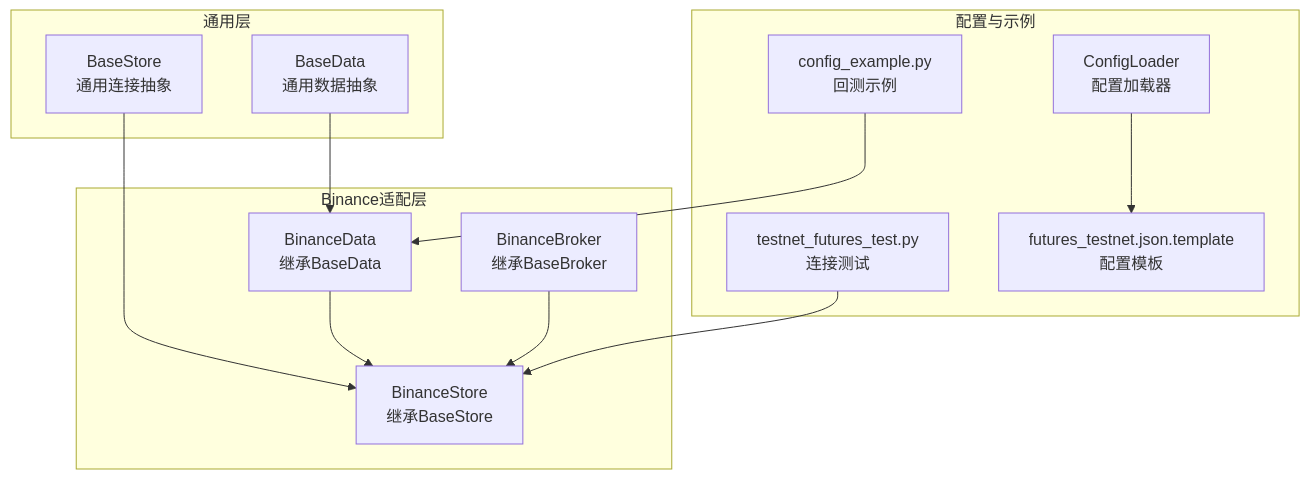
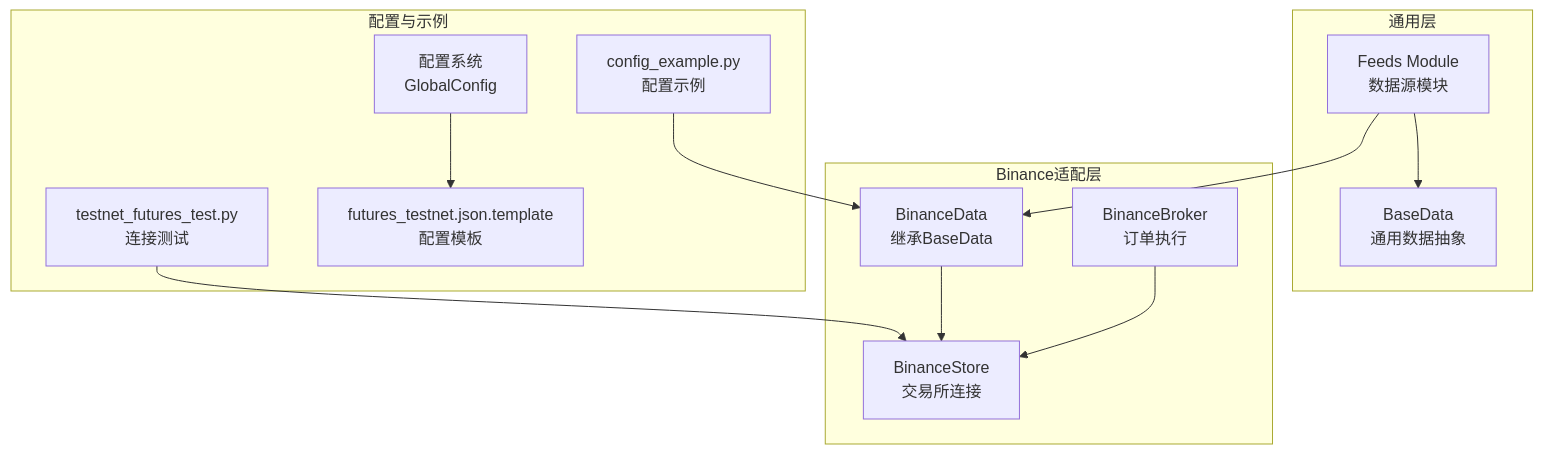
The first of 6 diagrams in .qoder/repowiki/zh/content/实盘交易模块/Binance交易所集成/BinanceDataFeed数据层.md (bench-prog/backtrader), drawn with Mermaid before and after one commit. The commit also changed other lines of this file and 40 other files, not shown here.

````diff
--- a/.qoder/repowiki/zh/content/实盘交易模块/Binance交易所集成/BinanceDataFeed数据层.md
+++ b/.qoder/repowiki/zh/content/实盘交易模块/Binance交易所集成/BinanceDataFeed数据层.md
@@ -38,25 +50,25 @@
 ```mermaid
 graph TB
 subgraph "通用层"
 BD["BaseData<br/>通用数据抽象"]
-BS["BaseStore<br/>通用连接抽象"]
+FW["Feeds Module<br/>数据源模块"]
 end
 subgraph "Binance适配层"
 BData["BinanceData<br/>继承BaseData"]
-BStore["BinanceStore<br/>继承BaseStore"]
-BBroker["BinanceBroker<br/>继承BaseBroker"]
+BStore["BinanceStore<br/>交易所连接"]
+BBroker["BinanceBroker<br/>订单执行"]
 end
 subgraph "配置与示例"
-CL["ConfigLoader<br/>配置加载器"]
-EX1["testnet_futures_test.py<br/>连接测试"]
-EX2["config_example.py<br/>回测示例"]
-CFG["futures_testnet.json.template<br/>配置模板"]
+CFG["配置系统<br/>GlobalConfig"]
+EX1["config_example.py<br/>配置示例"]
+EX2["testnet_futures_test.py<br/>连接测试"]
+TPL["futures_testnet.json.template<br/>配置模板"]
 end
-BD --> BData
-BS --> BStore
+FW --> BD
+FW --> BData
 BData --> BStore
 BBroker --> BStore
-CL --> CFG
-EX1 --> BStore
-EX2 --> BData
+CFG --> TPL
+EX1 --> BData
+EX2 --> BStore
 ```
````
